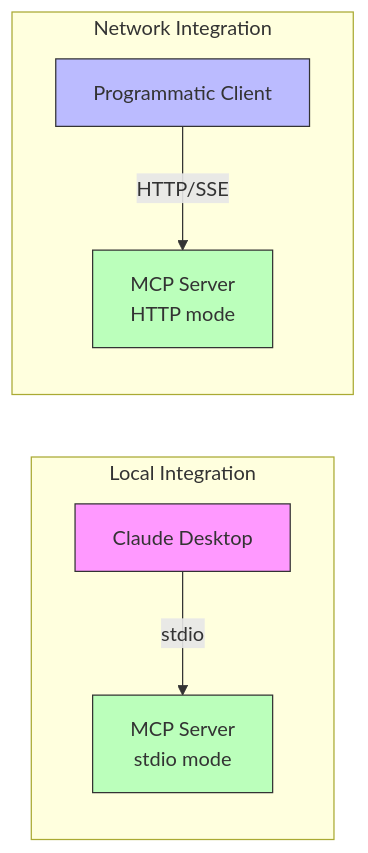
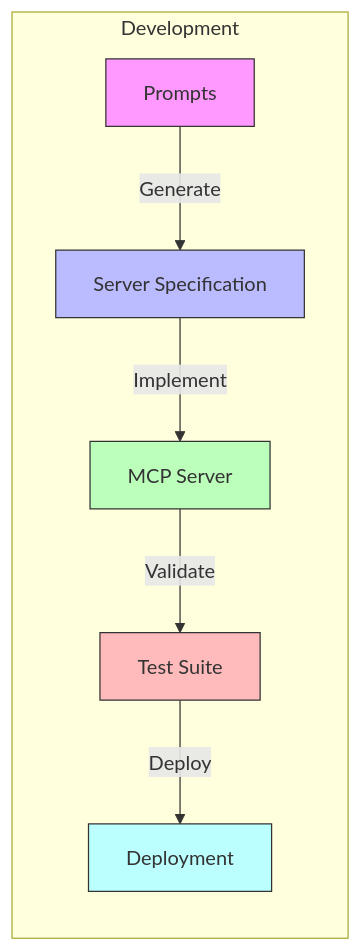
The third of 3 diagrams in docs/adrs/README.md (tosin2013/llamacloud-mcp), drawn with Mermaid before and after one commit. The commit also changed other lines of this file and 9 other files, not shown here.

````diff
--- a/docs/adrs/README.md
+++ b/docs/adrs/README.md
@@ -74,15 +86,15 @@
 ```mermaid
 graph LR
-    subgraph Local Integration
-        CD[Claude Desktop] -->|stdio| MS1[MCP Server<br/>stdio mode]
+    subgraph Development
+        PR[Prompts] -->|Generate| SP[Server Specification]
+        SP -->|Implement| MC[MCP Server]
+        MC -->|Validate| TS[Test Suite]
+        TS -->|Deploy| DP[Deployment]
     end
     
-    subgraph Network Integration
-        PC[Programmatic Client] -->|HTTP/SSE| MS2[MCP Server<br/>HTTP mode]
-    end
-    
-    style CD fill:#f9f,stroke:#333
-    style PC fill:#bbf,stroke:#333
-    style MS1 fill:#bfb,stroke:#333
-    style MS2 fill:#bfb,stroke:#333
+    style PR fill:#f9f,stroke:#333
+    style SP fill:#bbf,stroke:#333
+    style MC fill:#bfb,stroke:#333
+    style TS fill:#fbb,stroke:#333
+    style DP fill:#bff,stroke:#333
 ```
````
